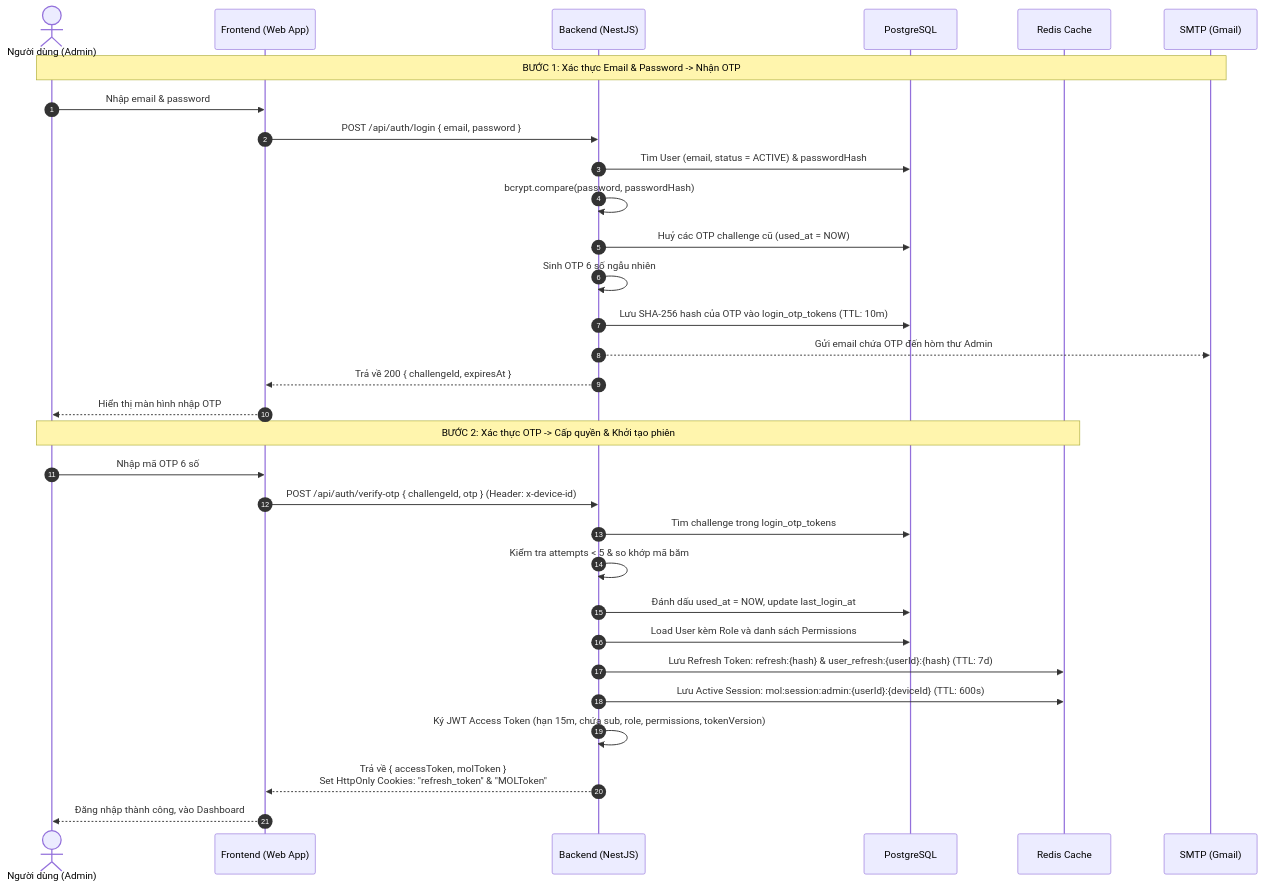
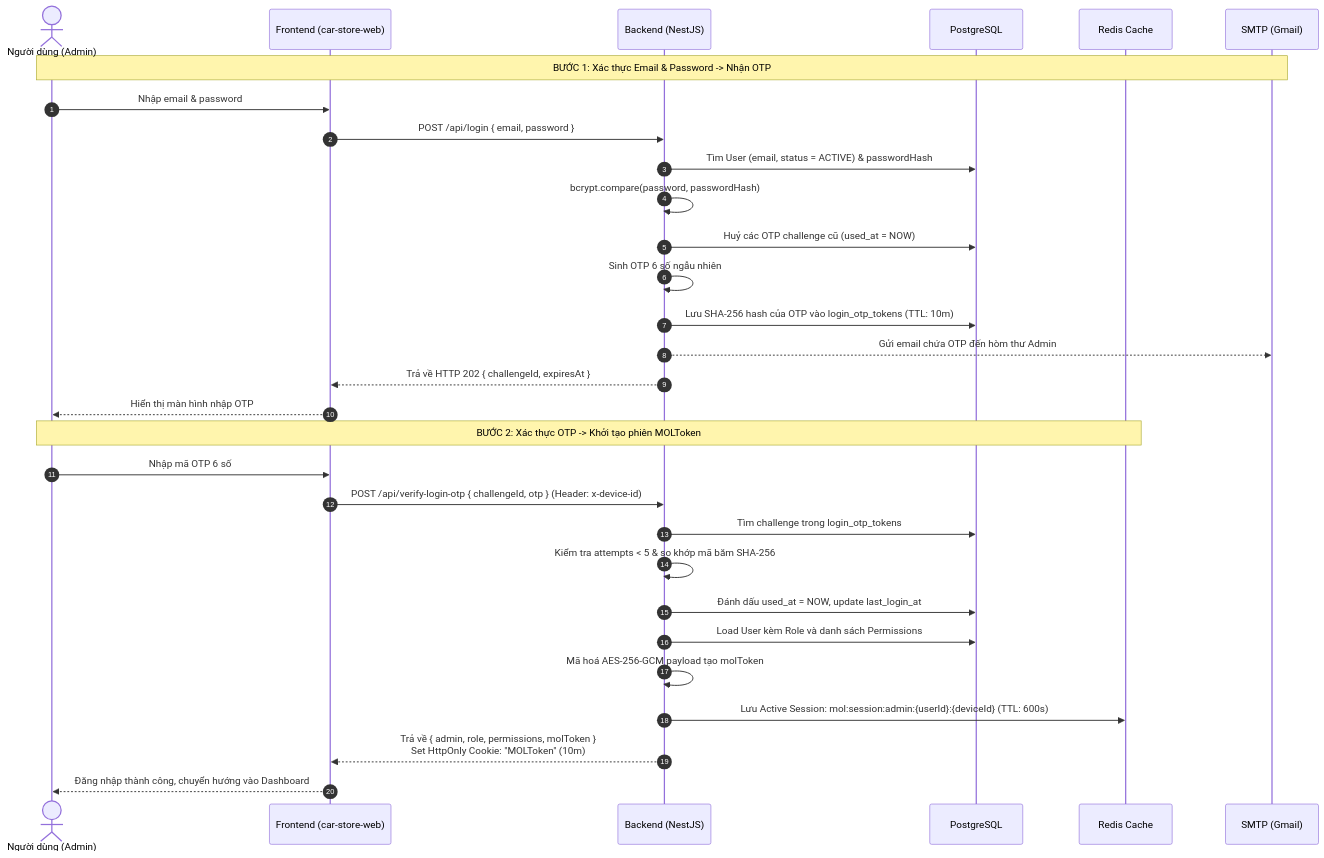
Before and after one commit to lichlt/car-store-backend: the diagram in LOGIN_FLOW.md, drawn with Mermaid. The commit also changed other lines of this file and 17 other files, not shown here.

Commit message:
feat(auth): align authentication architecture 100% with car-store-api using pure MOLToken and Redis

````diff
--- a/LOGIN_FLOW.md
+++ b/LOGIN_FLOW.md
@@ -7,39 +9,38 @@
 ```mermaid
 sequenceDiagram
     autonumber
     actor Admin as Người dùng (Admin)
-    participant Web as Frontend (Web App)
+    participant Web as Frontend (car-store-web)
     participant API as Backend (NestJS)
     participant DB as PostgreSQL
     participant Redis as Redis Cache
     participant Mail as SMTP (Gmail)
 
     %% BƯỚC 1: REQUEST OTP
     Note over Admin,Mail: BƯỚC 1: Xác thực Email & Password -> Nhận OTP
     Admin->>Web: Nhập email & password
-    Web->>API: POST /api/auth/login { email, password }
+    Web->>API: POST /api/login { email, password }
     API->>DB: Tìm User (email, status = ACTIVE) & passwordHash
     API->>API: bcrypt.compare(password, passwordHash)
     API->>DB: Huỷ các OTP challenge cũ (used_at = NOW)
     API->>API: Sinh OTP 6 số ngẫu nhiên
     API->>DB: Lưu SHA-256 hash của OTP vào login_otp_tokens (TTL: 10m)
     API-->>Mail: Gửi email chứa OTP đến hòm thư Admin
-    API-->>Web: Trả về 200 { challengeId, expiresAt }
+    API-->>Web: Trả về HTTP 202 { challengeId, expiresAt }
     Web-->>Admin: Hiển thị màn hình nhập OTP
 
     %% BƯỚC 2: VERIFY OTP
-    Note over Admin,Redis: BƯỚC 2: Xác thực OTP -> Cấp quyền & Khởi tạo phiên
+    Note over Admin,Redis: BƯỚC 2: Xác thực OTP -> Khởi tạo phiên MOLToken
     Admin->>Web: Nhập mã OTP 6 số
-    Web->>API: POST /api/auth/verify-otp { challengeId, otp } (Header: x-device-id)
+    Web->>API: POST /api/verify-login-otp { challengeId, otp } (Header: x-device-id)
     API->>DB: Tìm challenge trong login_otp_tokens
-    API->>API: Kiểm tra attempts < 5 & so khớp mã băm
+    API->>API: Kiểm tra attempts < 5 & so khớp mã băm SHA-256
     API->>DB: Đánh dấu used_at = NOW, update last_login_at
     API->>DB: Load User kèm Role và danh sách Permissions
 
-    %% Khởi tạo Tokens & Redis
-    API->>Redis: Lưu Refresh Token: refresh:{hash} & user_refresh:{userId}:{hash} (TTL: 7d)
+    %% Khởi tạo MOLToken & Redis Session
+    API->>API: Mã hoá AES-256-GCM payload tạo molToken
     API->>Redis: Lưu Active Session: mol:session:admin:{userId}:{deviceId} (TTL: 600s)
-    API->>API: Ký JWT Access Token (hạn 15m, chứa sub, role, permissions, tokenVersion)
-    API-->>Web: Trả về { accessToken, molToken }<br/>Set HttpOnly Cookies: "refresh_token" & "MOLToken"
-    Web-->>Admin: Đăng nhập thành công, vào Dashboard
+    API-->>Web: Trả về { admin, role, permissions, molToken }<br/>Set HttpOnly Cookie: "MOLToken" (10m)
+    Web-->>Admin: Đăng nhập thành công, chuyển hướng vào Dashboard
 ```
````
